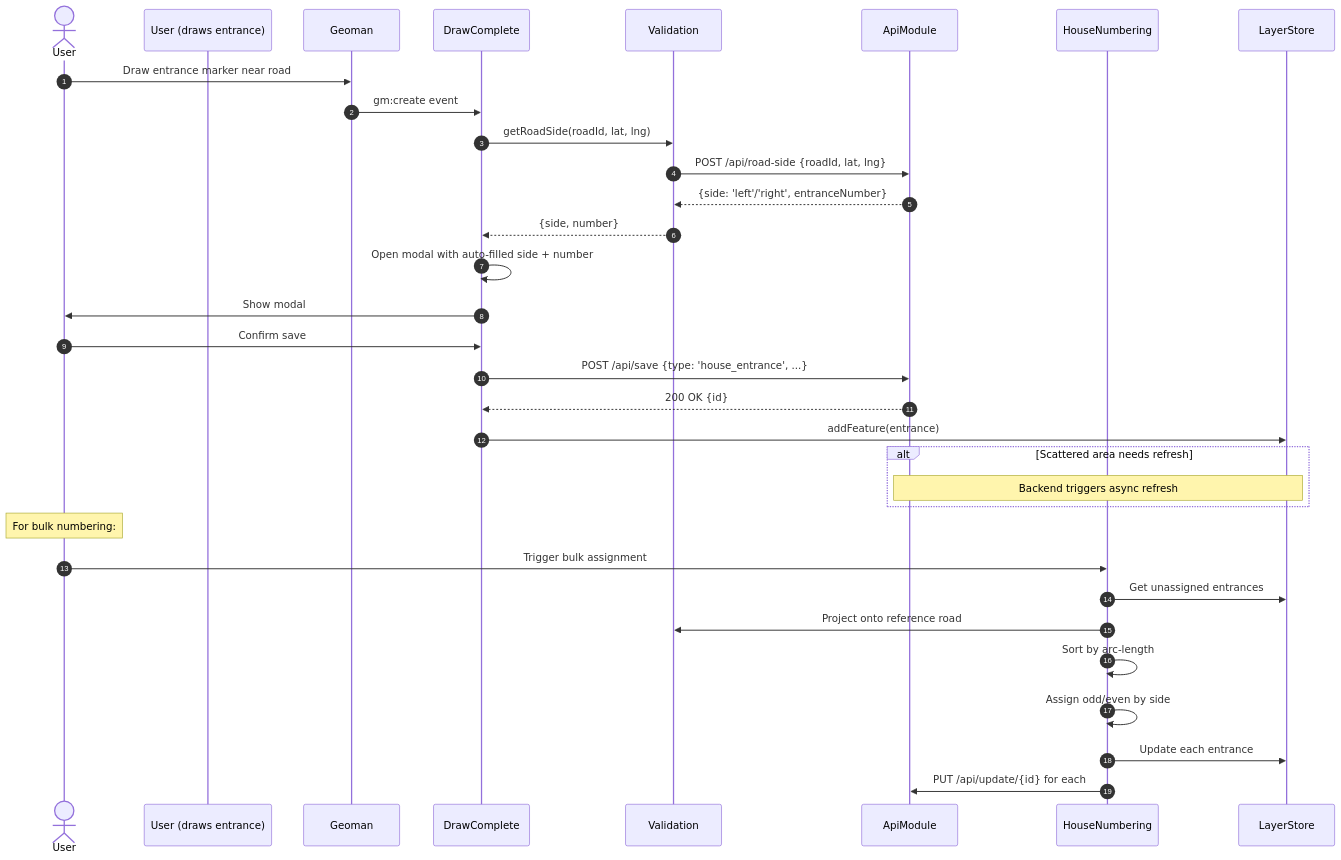
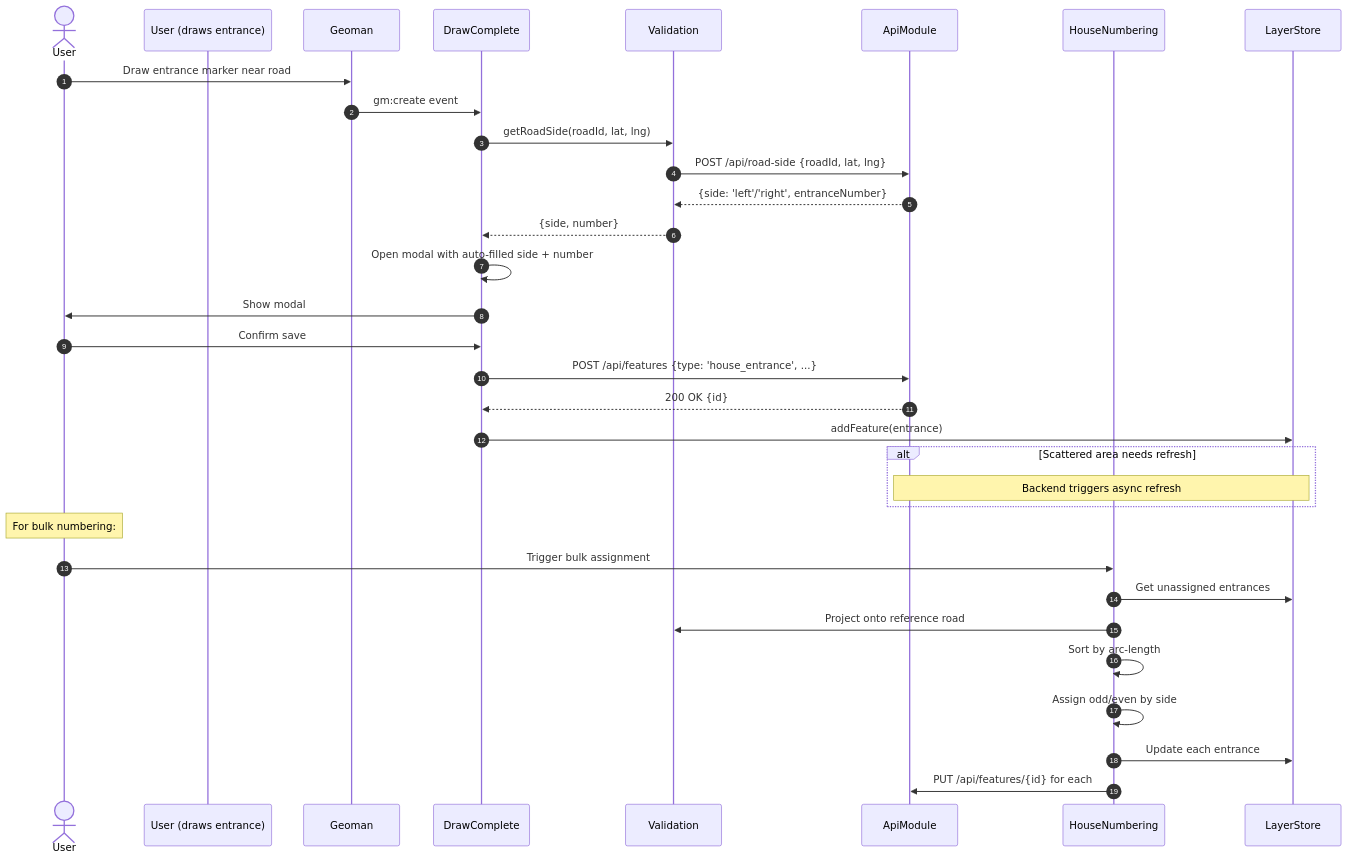
Before and after one commit to Zuhir-Benslama/NARS: the fifth of 5 diagrams in docs/uml/nars-vite-sequence-diagram.md, drawn with Mermaid. The commit also changed other lines of this file and 2 other files, not shown here.

First line of the commit message:
docs(uml): fix stale feature routes in sequence diagrams

````diff
--- a/docs/uml/nars-vite-sequence-diagram.md
+++ b/docs/uml/nars-vite-sequence-diagram.md
@@ -245,41 +245,41 @@
 ```mermaid
 sequenceDiagram
     autonumber
     actor User
     participant User (draws entrance)
     participant Geoman
     participant DrawComplete
     participant Validation
     participant ApiModule
     participant HouseNumbering
     participant LayerStore
 
     User->>Geoman: Draw entrance marker near road
     Geoman->>DrawComplete: gm:create event
 
     DrawComplete->>Validation: getRoadSide(roadId, lat, lng)
     Validation->>ApiModule: POST /api/road-side {roadId, lat, lng}
     ApiModule-->>Validation: {side: 'left'/'right', entranceNumber}
     Validation-->>DrawComplete: {side, number}
 
     DrawComplete->>DrawComplete: Open modal with auto-filled side + number
     DrawComplete->>User: Show modal
 
     User->>DrawComplete: Confirm save
-    DrawComplete->>ApiModule: POST /api/save {type: 'house_entrance', ...}
+    DrawComplete->>ApiModule: POST /api/features {type: 'house_entrance', ...}
     ApiModule-->>DrawComplete: 200 OK {id}
     DrawComplete->>LayerStore: addFeature(entrance)
 
     alt Scattered area needs refresh
         Note over ApiModule,LayerStore: Backend triggers async refresh
     end
 
     Note over User: For bulk numbering:
     User->>HouseNumbering: Trigger bulk assignment
     HouseNumbering->>LayerStore: Get unassigned entrances
     HouseNumbering->>Validation: Project onto reference road
     HouseNumbering->>HouseNumbering: Sort by arc-length
     HouseNumbering->>HouseNumbering: Assign odd/even by side
     HouseNumbering->>LayerStore: Update each entrance
-    HouseNumbering->>ApiModule: PUT /api/update/{id} for each
+    HouseNumbering->>ApiModule: PUT /api/features/{id} for each
 ```
````
